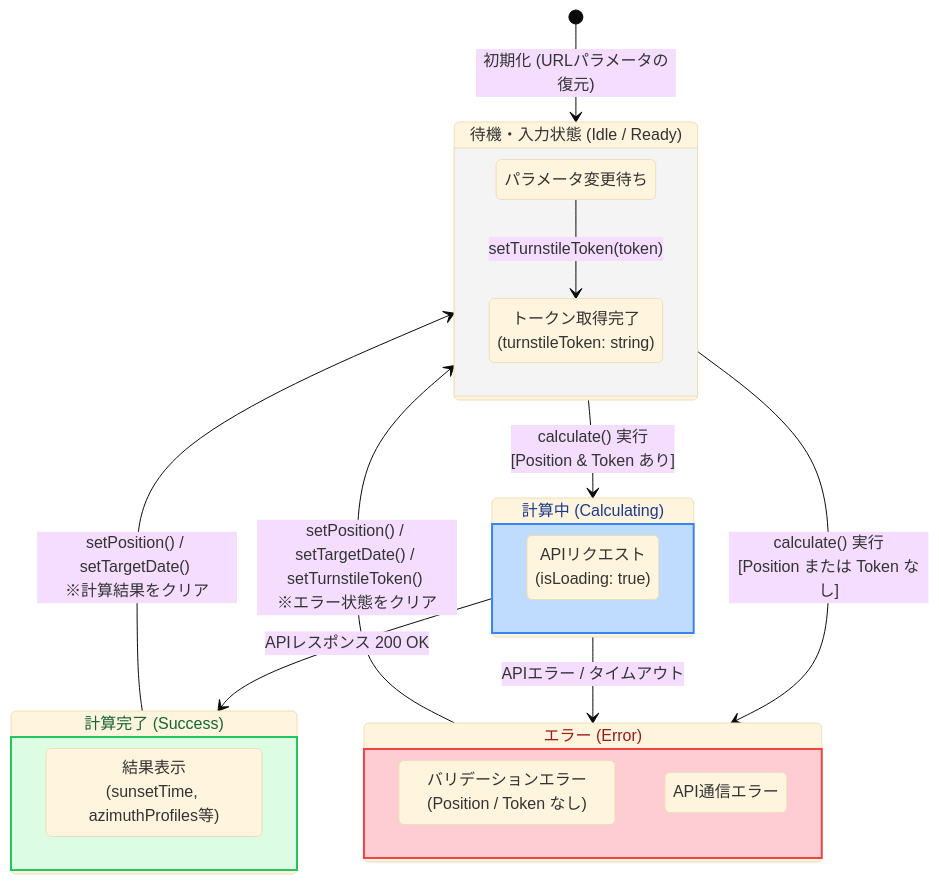
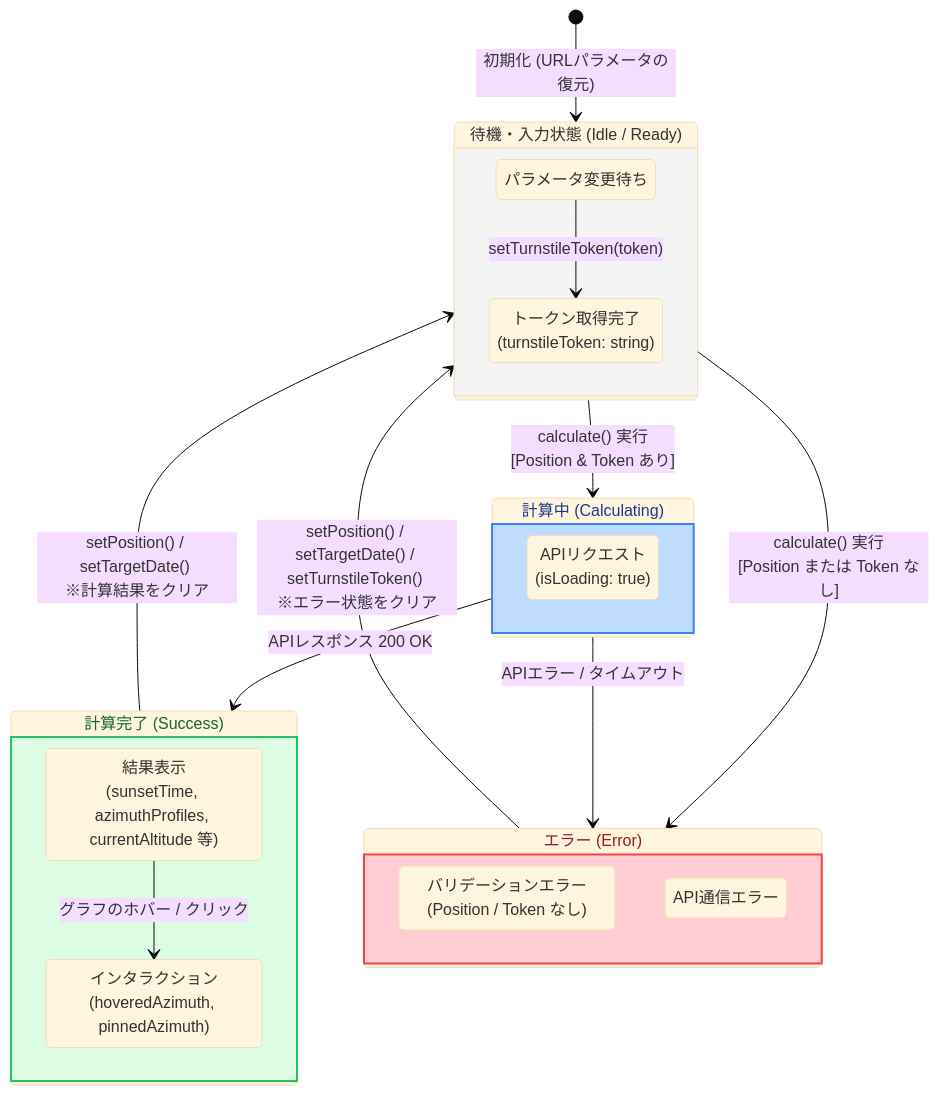
Before and after one commit to tomopumipumi/yamakage: the diagram in web-site/docs/store-architecture.jpn.md, drawn with Mermaid (base theme). The commit also changed other lines of this file and 7 other files, not shown here.

````diff
--- a/web-site/docs/store-architecture.jpn.md
+++ b/web-site/docs/store-architecture.jpn.md
@@ -9,41 +9,45 @@
 ```mermaid
 stateDiagram-v2
     classDef error fill:#fecdd3,stroke:#ef4444,stroke-width:2px,color:#991b1b
     classDef success fill:#dcfce3,stroke:#22c55e,stroke-width:2px,color:#166534
     classDef processing fill:#bfdbfe,stroke:#3b82f6,stroke-width:2px,color:#1e3a8a
 
     [*] --> Idle: 初期化 (URLパラメータの復元)
 
     state "待機・入力状態 (Idle / Ready)" as Idle {
         state "パラメータ変更待ち" as WaitInput
         state "トークン取得完了<br>(turnstileToken: string)" as HasToken
         
         WaitInput --> HasToken: setTurnstileToken(token)
     }
 
     state "計算中 (Calculating)" as Calculating {
         state "APIリクエスト<br>(isLoading: true)" as Fetching
     }
 
     state "計算完了 (Success)" as Success {
-        state "結果表示<br>(sunsetTime, azimuthProfiles等)" as DisplayResult
+        state "結果表示<br>(sunsetTime, azimuthProfiles, currentAltitude 等)" as DisplayResult
+        state "インタラクション<br>(hoveredAzimuth, pinnedAzimuth)" as Interaction
+        
+        DisplayResult --> Interaction: グラフのホバー / クリック
     }
 
     state "エラー (Error)" as Error {
         state "バリデーションエラー(Position / Token なし)" as ValidationError
         state "API通信エラー" as ApiError
     }
     
     class Calculating processing
     class Success success
     class Error error
 
     Idle --> Calculating: calculate() 実行<br>[Position & Token あり]
     Idle --> Error: calculate() 実行<br>[Position または Token なし]
     
     Calculating --> Success: APIレスポンス 200 OK
     Calculating --> Error: APIエラー / タイムアウト
 
     Success --> Idle: setPosition() / setTargetDate() <br>※計算結果をクリア
     Error --> Idle: setPosition() / setTargetDate() / setTurnstileToken() <br>※エラー状態をクリア
+
 ```
````
